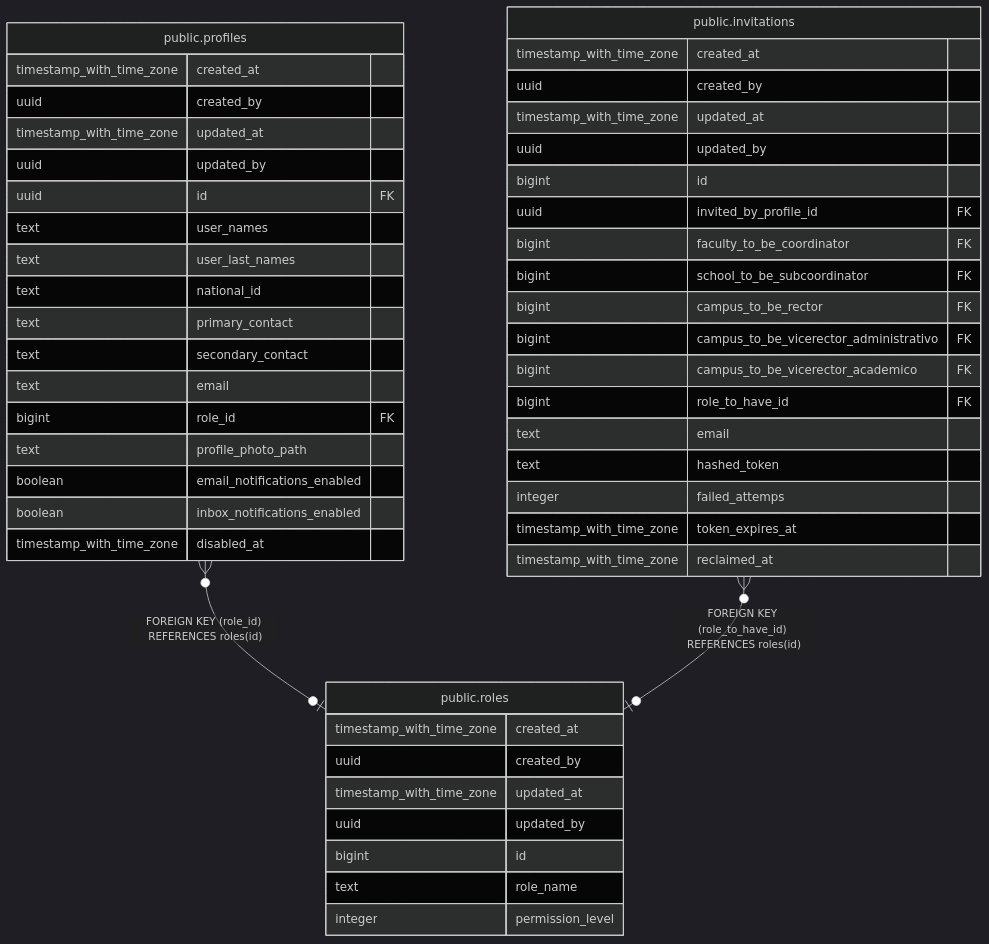
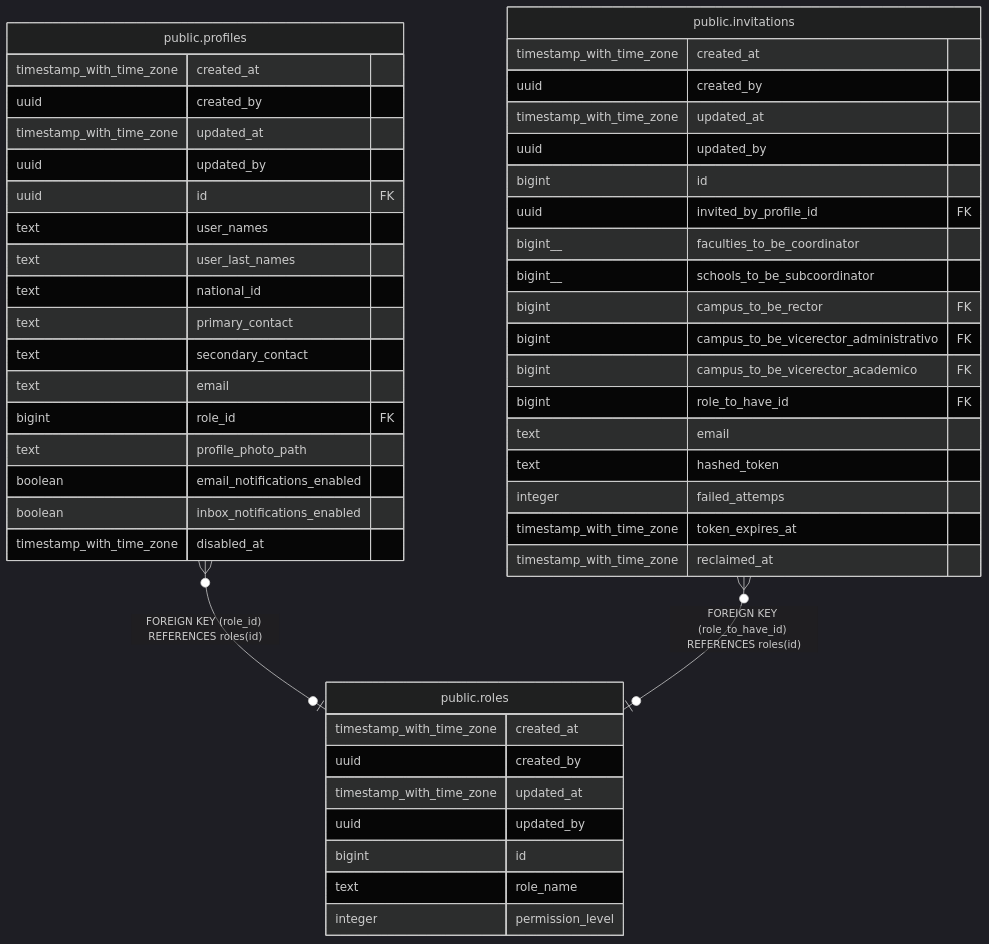
One commit to icristianhernandez/academic-service-backend changed the diagram in docs/db/tbls/public.roles.md. Above: the diagram before and after it, drawn with Mermaid (dark theme). The commit also changed 13 other files, not shown here.

````diff
--- a/docs/db/tbls/public.roles.md
+++ b/docs/db/tbls/public.roles.md
@@ -40,53 +40,53 @@
 ```mermaid
 erDiagram
 
 "public.profiles" }o--o| "public.roles" : "FOREIGN KEY (role_id) REFERENCES roles(id)"
 "public.invitations" }o--o| "public.roles" : "FOREIGN KEY (role_to_have_id) REFERENCES roles(id)"
 
 "public.roles" {
   timestamp_with_time_zone created_at ""
   uuid created_by ""
   timestamp_with_time_zone updated_at ""
   uuid updated_by ""
   bigint id ""
   text role_name ""
   integer permission_level ""
 }
 "public.profiles" {
   timestamp_with_time_zone created_at ""
   uuid created_by ""
   timestamp_with_time_zone updated_at ""
   uuid updated_by ""
   uuid id FK ""
   text user_names ""
   text user_last_names ""
   text national_id ""
   text primary_contact ""
   text secondary_contact ""
   text email ""
   bigint role_id FK ""
   text profile_photo_path ""
   boolean email_notifications_enabled ""
   boolean inbox_notifications_enabled ""
   timestamp_with_time_zone disabled_at ""
 }
 "public.invitations" {
   timestamp_with_time_zone created_at ""
   uuid created_by ""
   timestamp_with_time_zone updated_at ""
   uuid updated_by ""
   bigint id ""
   uuid invited_by_profile_id FK ""
-  bigint faculty_to_be_coordinator FK ""
-  bigint school_to_be_subcoordinator FK ""
+  bigint__ faculties_to_be_coordinator ""
+  bigint__ schools_to_be_subcoordinator ""
   bigint campus_to_be_rector FK ""
   bigint campus_to_be_vicerector_administrativo FK ""
   bigint campus_to_be_vicerector_academico FK ""
   bigint role_to_have_id FK ""
   text email ""
   text hashed_token ""
   integer failed_attemps ""
   timestamp_with_time_zone token_expires_at ""
   timestamp_with_time_zone reclaimed_at ""
 }
 ```
````
